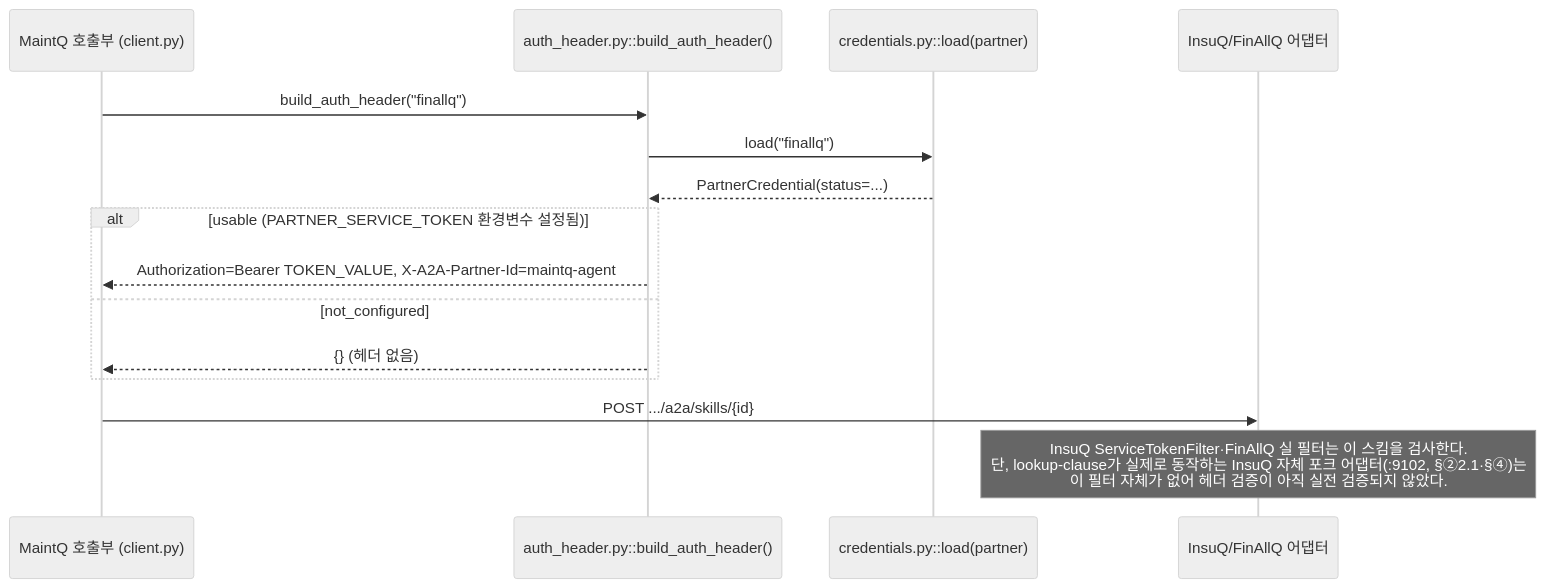
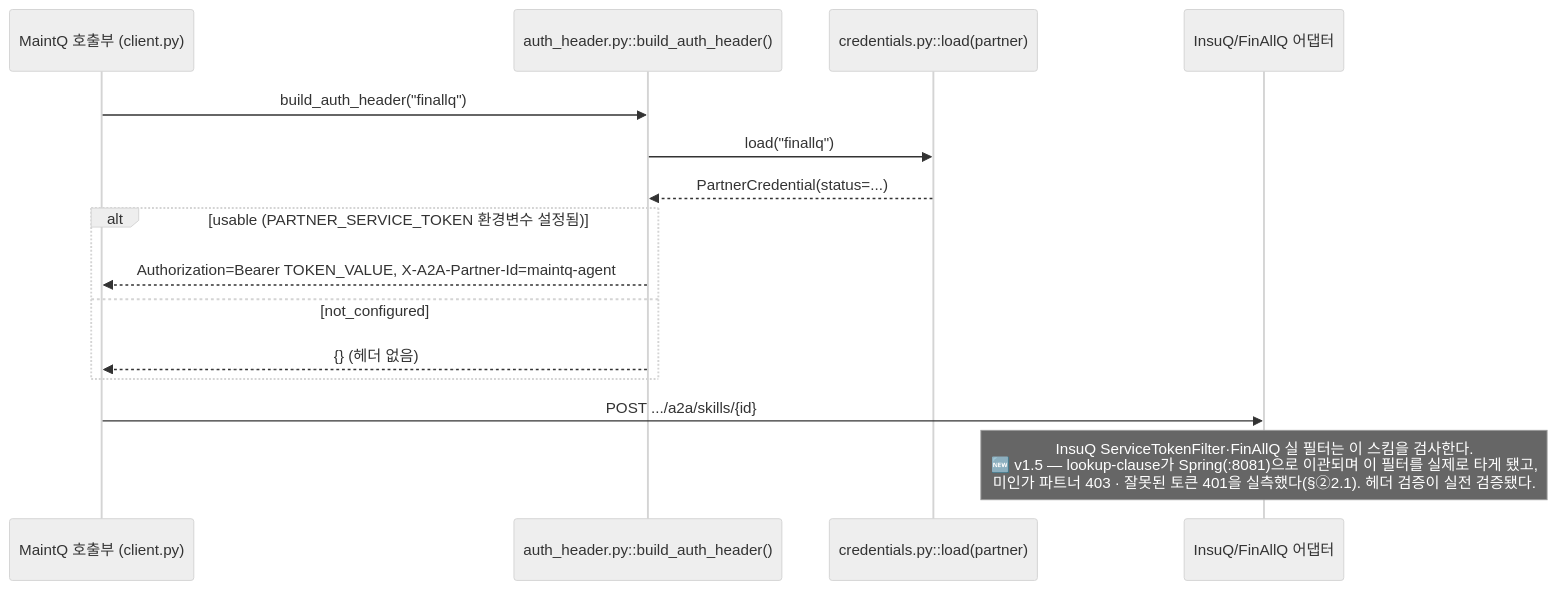
Before and after one commit to ttogle918/QMesh: the eighth of 8 diagrams in A2A_DIAGRAMS.md, drawn with Mermaid (neutral theme). The commit also changed other lines of this file, not shown here.

First line of the commit message:
docs: A2A_DIAGRAMS v1.5 — lookup-clause Spring 이관 반영

````diff
--- a/A2A_DIAGRAMS.md
+++ b/A2A_DIAGRAMS.md
@@ -462,18 +487,18 @@
 ```mermaid
 sequenceDiagram
     participant Caller as MaintQ 호출부 (client.py)
     participant AuthHdr as auth_header.py::build_auth_header()
     participant Cred as credentials.py::load(partner)
     participant Adapter as InsuQ/FinAllQ 어댑터
 
     Caller->>AuthHdr: build_auth_header("finallq")
     AuthHdr->>Cred: load("finallq")
     Cred-->>AuthHdr: PartnerCredential(status=...)
     alt usable (PARTNER_SERVICE_TOKEN 환경변수 설정됨)
         AuthHdr-->>Caller: Authorization=Bearer TOKEN_VALUE, X-A2A-Partner-Id=maintq-agent
     else not_configured
         AuthHdr-->>Caller: {} (헤더 없음)
     end
     Caller->>Adapter: POST .../a2a/skills/{id}
-    Note over Adapter: InsuQ ServiceTokenFilter·FinAllQ 실 필터는 이 스킴을 검사한다.<br>단, lookup-clause가 실제로 동작하는 InsuQ 자체 포크 어댑터(:9102, §②2.1·§④)는<br>이 필터 자체가 없어 헤더 검증이 아직 실전 검증되지 않았다.
+    Note over Adapter: InsuQ ServiceTokenFilter·FinAllQ 실 필터는 이 스킴을 검사한다.<br>🆕 v1.5 — lookup-clause가 Spring(:8081)으로 이관되며 이 필터를 실제로 타게 됐고,<br>미인가 파트너 403 · 잘못된 토큰 401을 실측했다(§②2.1). 헤더 검증이 실전 검증됐다.
 ```
````
